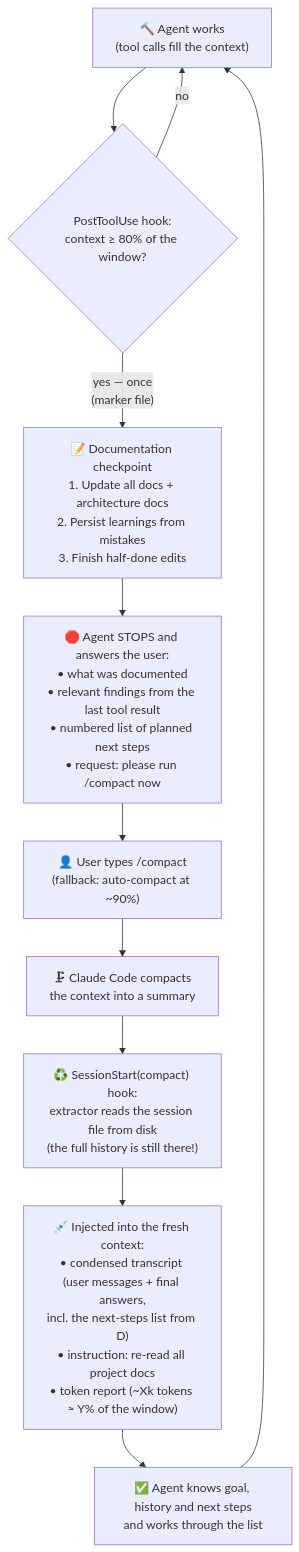
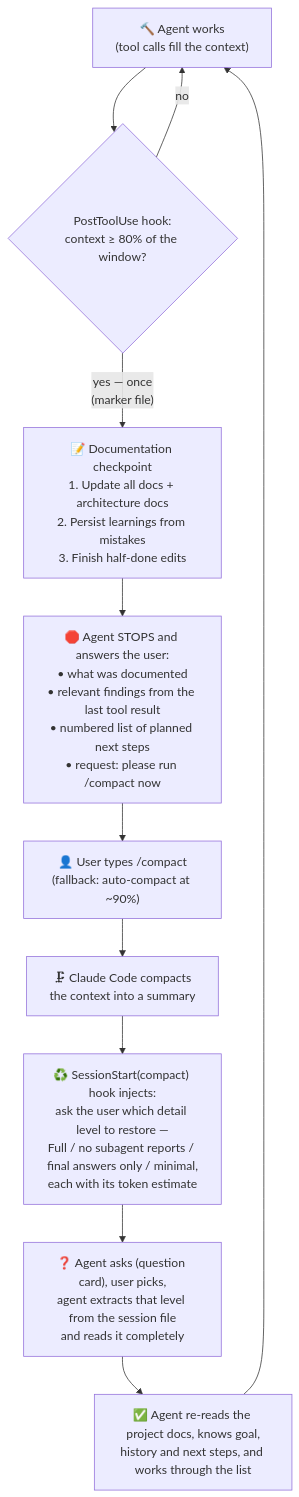
One commit to hafnera/context-cycle changed the diagram in docs/context-cycle.md. Above: the diagram before and after it, drawn with Mermaid. The commit also changed other lines of this file and 1 other file, not shown here.

Commit message:
Docs: full rewrite for the current state (sources, structure, levels, hooks, tests)

````diff
--- a/docs/context-cycle.md
+++ b/docs/context-cycle.md
@@ -24,13 +25,13 @@
 ```mermaid
 flowchart TD
     A["🔨 Agent works<br/>(tool calls fill the context)"] --> B{"PostToolUse hook:<br/>context ≥ 80% of the window?"}
     B -- "no" --> A
     B -- "yes — once<br/>(marker file)" --> C["📝 Documentation checkpoint<br/>1. Update all docs + architecture docs<br/>2. Persist learnings from mistakes<br/>3. Finish half-done edits"]
     C --> D["🛑 Agent STOPS and answers the user:<br/>• what was documented<br/>• relevant findings from the last tool result<br/>• numbered list of planned next steps<br/>• request: please run /compact now"]
     D --> E["👤 User types /compact<br/>(fallback: auto-compact at ~90%)"]
     E --> F["🗜 Claude Code compacts<br/>the context into a summary"]
-    F --> G["♻️ SessionStart(compact) hook:<br/>extractor reads the session file from disk<br/>(the full history is still there!)"]
-    G --> H["💉 Injected into the fresh context:<br/>• condensed transcript (user messages + final answers,<br/>incl. the next-steps list from D)<br/>• instruction: re-read all project docs<br/>• token report (~Xk tokens ≈ Y% of the window)"]
-    H --> I["✅ Agent knows goal, history and next steps<br/>and works through the list"]
+    F --> G["♻️ SessionStart(compact) hook injects:<br/>ask the user which detail level to restore —<br/>Full / no subagent reports / final answers only / minimal,<br/>each with its token estimate"]
+    G --> H["❓ Agent asks (question card), user picks,<br/>agent extracts that level from the session file<br/>and reads it completely"]
+    H --> I["✅ Agent re-reads the project docs, knows goal,<br/>history and next steps, and works through the list"]
     I --> A
 ```
````
